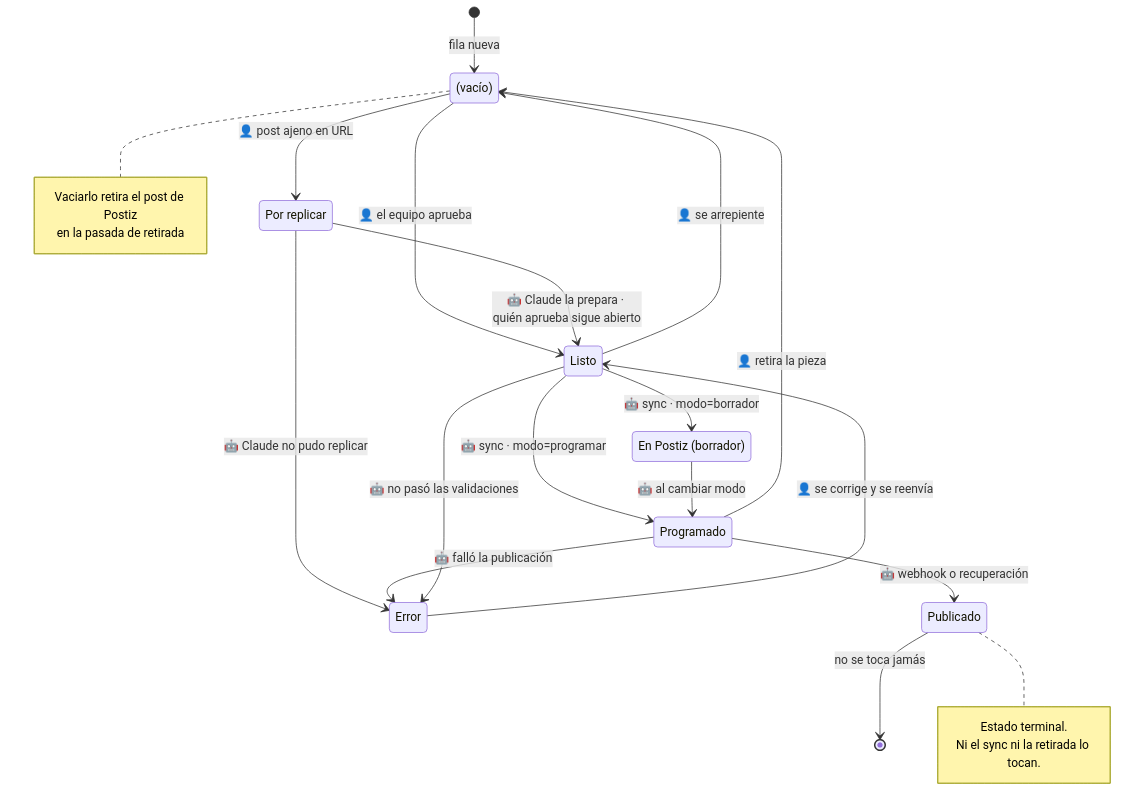
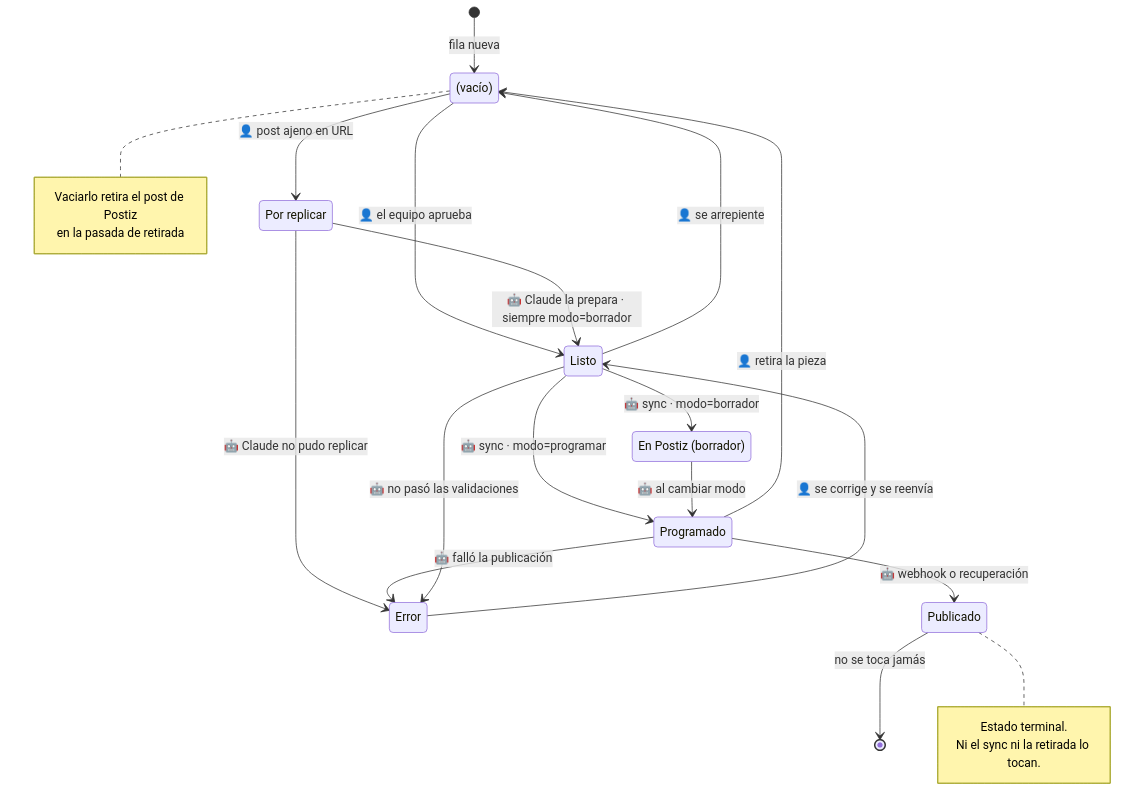
One commit to dustin-calderon/postiz-app changed the eighth of 11 diagrams in docs/architecture/CONTENT_PIPELINE_DIAGRAMS.md. Above: the diagram before and after it, drawn with Mermaid. The commit also changed 1 other file, not shown here.

Commit message:
docs(pipeline): #8 resuelta — las filas replicadas las aprueba María
Claude deja la fila en Listo con modo=borrador y María cambia modo a
programar. Un LLM no aprueba su propia salida, así que §6 no cambia.

````diff
--- a/docs/architecture/CONTENT_PIPELINE_DIAGRAMS.md
+++ b/docs/architecture/CONTENT_PIPELINE_DIAGRAMS.md
@@ -294,34 +294,34 @@
 ```mermaid
 stateDiagram-v2
     [*] --> Vacio: fila nueva
     Vacio: (vacío)
 
     Vacio --> Listo: 👤 el equipo aprueba
     Vacio --> PorReplicar: 👤 post ajeno en URL
     PorReplicar: Por replicar
-    PorReplicar --> Listo: 🤖 Claude la prepara · quién aprueba sigue abierto
+    PorReplicar --> Listo: 🤖 Claude la prepara · siempre modo=borrador
     PorReplicar --> Error: 🤖 Claude no pudo replicar
     Listo --> Programado: 🤖 sync · modo=programar
     Listo --> EnPostiz: 🤖 sync · modo=borrador
     EnPostiz: En Postiz (borrador)
 
     Programado --> Publicado: 🤖 webhook o recuperación
     Programado --> Error: 🤖 falló la publicación
     Listo --> Error: 🤖 no pasó las validaciones
     EnPostiz --> Programado: 🤖 al cambiar modo
 
     Error --> Listo: 👤 se corrige y se reenvía
     Programado --> Vacio: 👤 retira la pieza
     Listo --> Vacio: 👤 se arrepiente
 
     Publicado --> [*]: no se toca jamás
 
     note right of Vacio
         Vaciarlo retira el post de Postiz
         en la pasada de retirada
     end note
     note right of Publicado
         Estado terminal.
         Ni el sync ni la retirada lo tocan.
     end note
 ```
````
